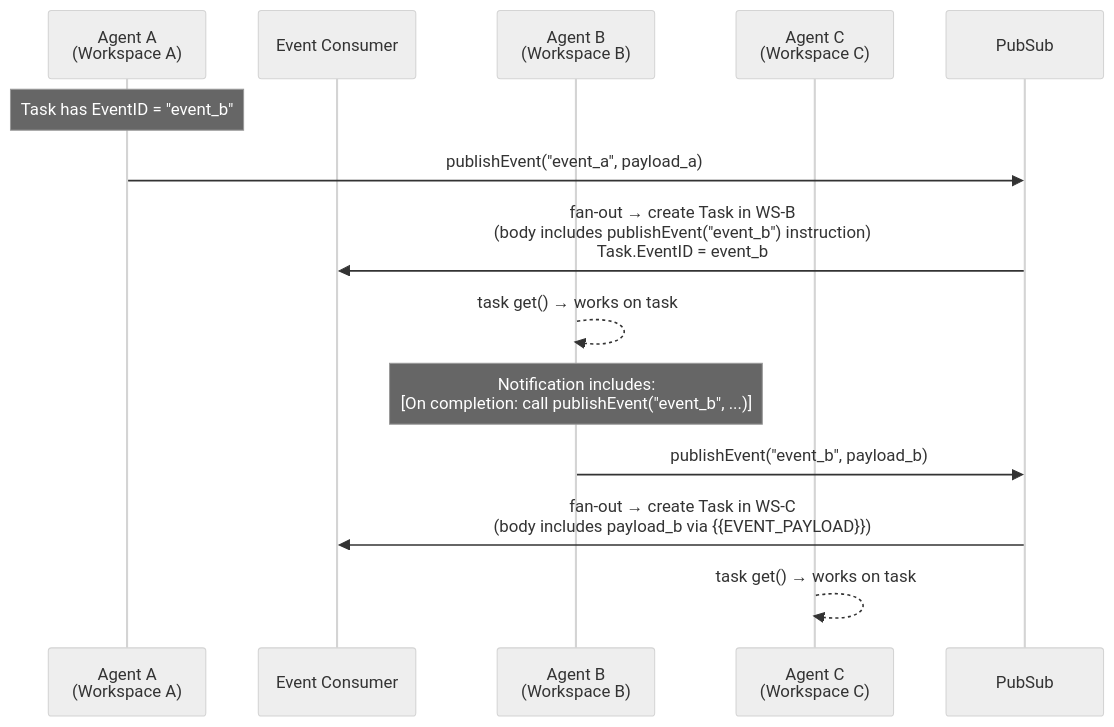
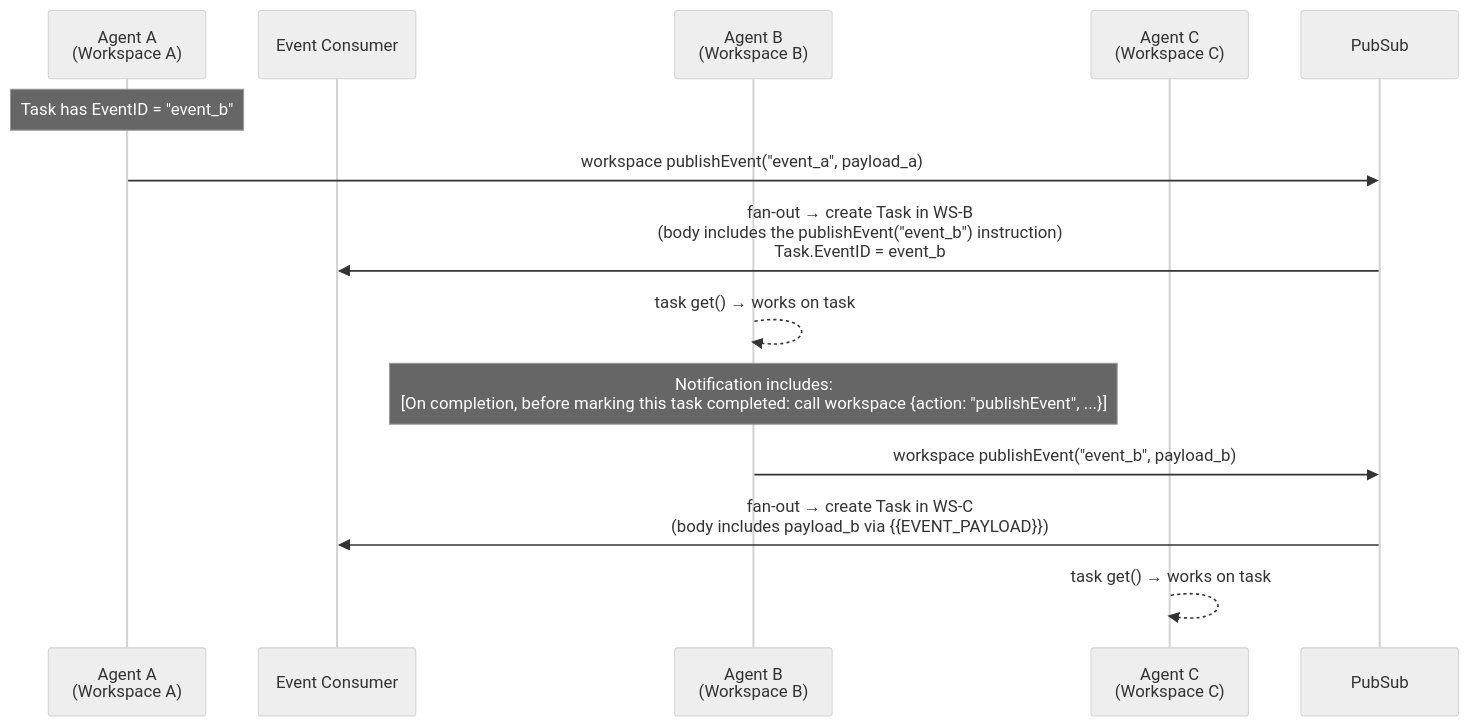
Before and after one commit to agentrq/agentrq: the second of 2 diagrams in ARCHITECTURE.md, drawn with Mermaid (neutral theme). The commit also changed other lines of this file and 46 other files, not shown here.

````diff
--- a/ARCHITECTURE.md
+++ b/ARCHITECTURE.md
@@ -367,19 +352,19 @@
 ```mermaid
 sequenceDiagram
     participant A as Agent A<br/>(Workspace A)
     participant EC as Event Consumer
     participant B as Agent B<br/>(Workspace B)
     participant C as Agent C<br/>(Workspace C)
     participant PS as PubSub
 
     Note over A: Task has EventID = "event_b"
-    A->>PS: publishEvent("event_a", payload_a)
-    PS->>EC: fan-out → create Task in WS-B<br/>(body includes publishEvent("event_b") instruction)<br/>Task.EventID = event_b
+    A->>PS: workspace publishEvent("event_a", payload_a)
+    PS->>EC: fan-out → create Task in WS-B<br/>(body includes the publishEvent("event_b") instruction)<br/>Task.EventID = event_b
 
     B-->>B: task get() → works on task
-    Note over B: Notification includes:<br/>[On completion: call publishEvent("event_b", ...)]
-    B->>PS: publishEvent("event_b", payload_b)
+    Note over B: Notification includes:<br/>[On completion, before marking this task completed: call workspace {action: "publishEvent", ...}]
+    B->>PS: workspace publishEvent("event_b", payload_b)
 
     PS->>EC: fan-out → create Task in WS-C<br/>(body includes payload_b via {{EVENT_PAYLOAD}})
     C-->>C: task get() → works on task
 ```
````
